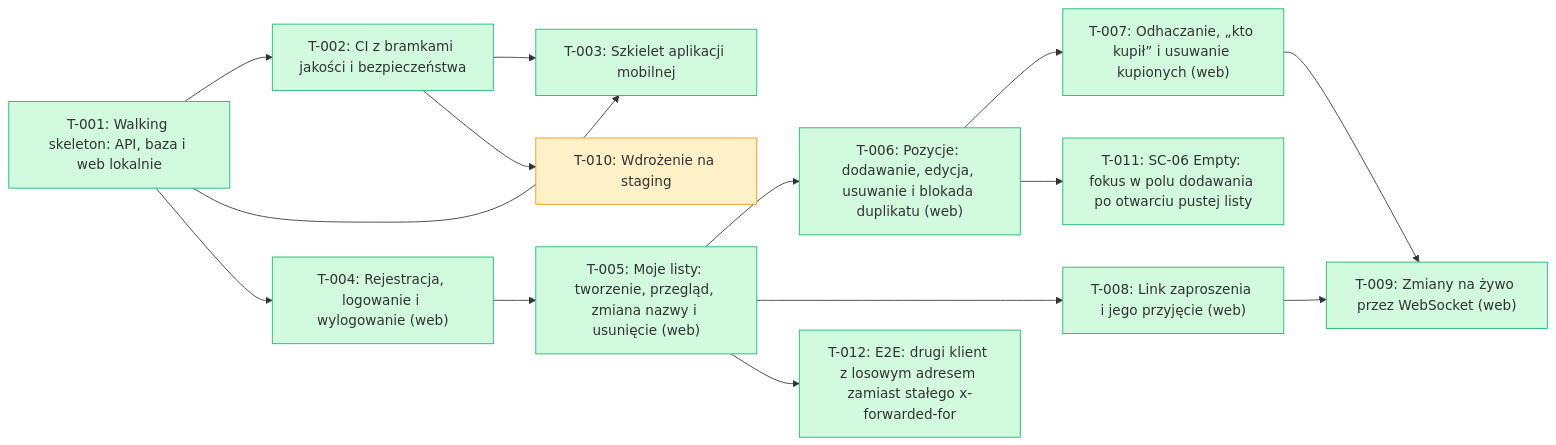
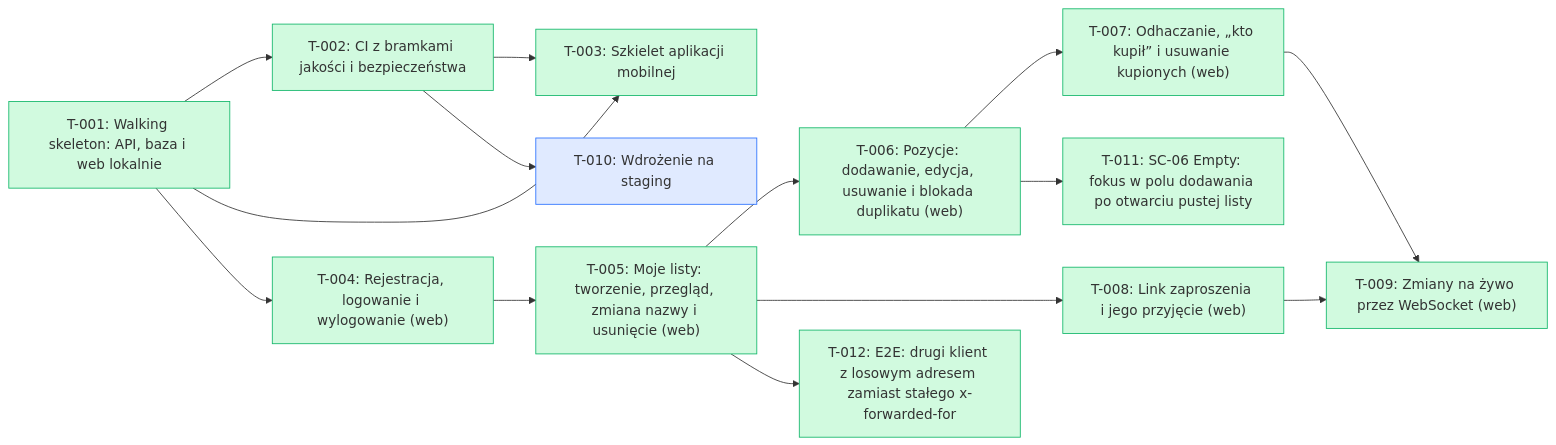
The diagram in docs/backlog/index.md (tombraz/lista-zakupow), drawn with Mermaid before and after one commit. The commit also changed other lines of this file and 2 other files, not shown here.

First line of the commit message:
T-010: Wdrożenie na staging

````diff
--- a/docs/backlog/index.md
+++ b/docs/backlog/index.md
@@ -17,32 +17,32 @@
 ```mermaid
 flowchart LR
   T_001["T-001: Walking skeleton: API, baza i web lokalnie"]:::done
   T_002["T-002: CI z bramkami jakości i bezpieczeństwa"]:::done
   T_003["T-003: Szkielet aplikacji mobilnej"]:::done
   T_004["T-004: Rejestracja, logowanie i wylogowanie (web)"]:::done
   T_005["T-005: Moje listy: tworzenie, przegląd, zmiana nazwy i usunięcie (web)"]:::done
   T_006["T-006: Pozycje: dodawanie, edycja, usuwanie i blokada duplikatu (web)"]:::done
   T_007["T-007: Odhaczanie, „kto kupił” i usuwanie kupionych (web)"]:::done
   T_008["T-008: Link zaproszenia i jego przyjęcie (web)"]:::done
   T_009["T-009: Zmiany na żywo przez WebSocket (web)"]:::done
-  T_010["T-010: Wdrożenie na staging"]:::wip
+  T_010["T-010: Wdrożenie na staging"]:::qa
   T_011["T-011: SC-06 Empty: fokus w polu dodawania po otwarciu pustej listy"]:::done
   T_012["T-012: E2E: drugi klient z losowym adresem zamiast stałego x-forwarded-for"]:::done
   T_001 --> T_002
   T_001 --> T_003
   T_002 --> T_003
   T_001 --> T_004
   T_004 --> T_005
   T_005 --> T_006
   T_006 --> T_007
   T_005 --> T_008
   T_007 --> T_009
   T_008 --> T_009
   T_002 --> T_010
   T_006 --> T_011
   T_005 --> T_012
   classDef done fill:#d1fadf,stroke:#12b76a
   classDef wip fill:#fef0c7,stroke:#f79009
   classDef qa fill:#e0eaff,stroke:#2970ff
   classDef blocked fill:#fee4e2,stroke:#f04438
 ```
````
